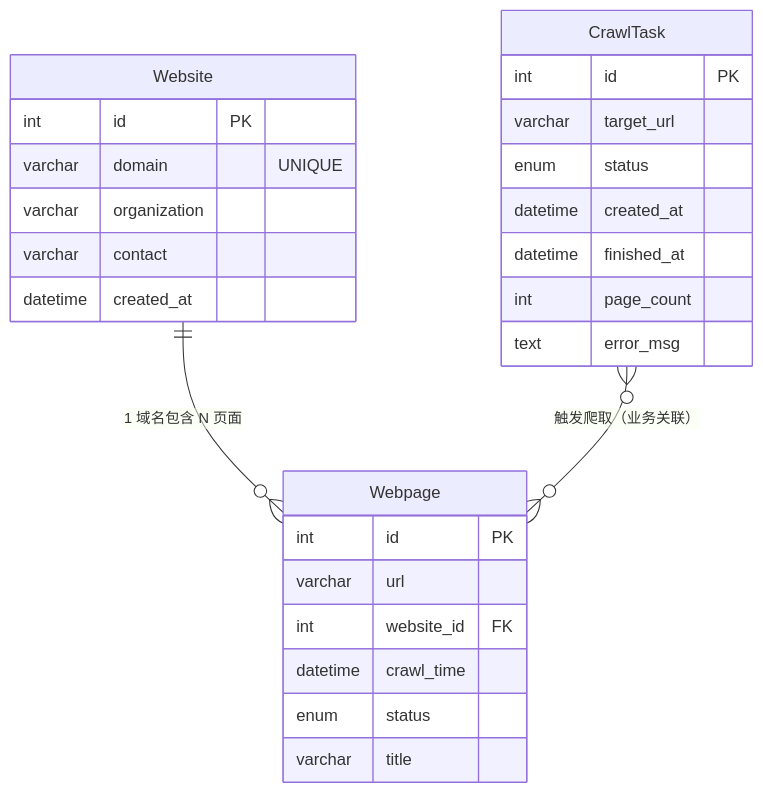
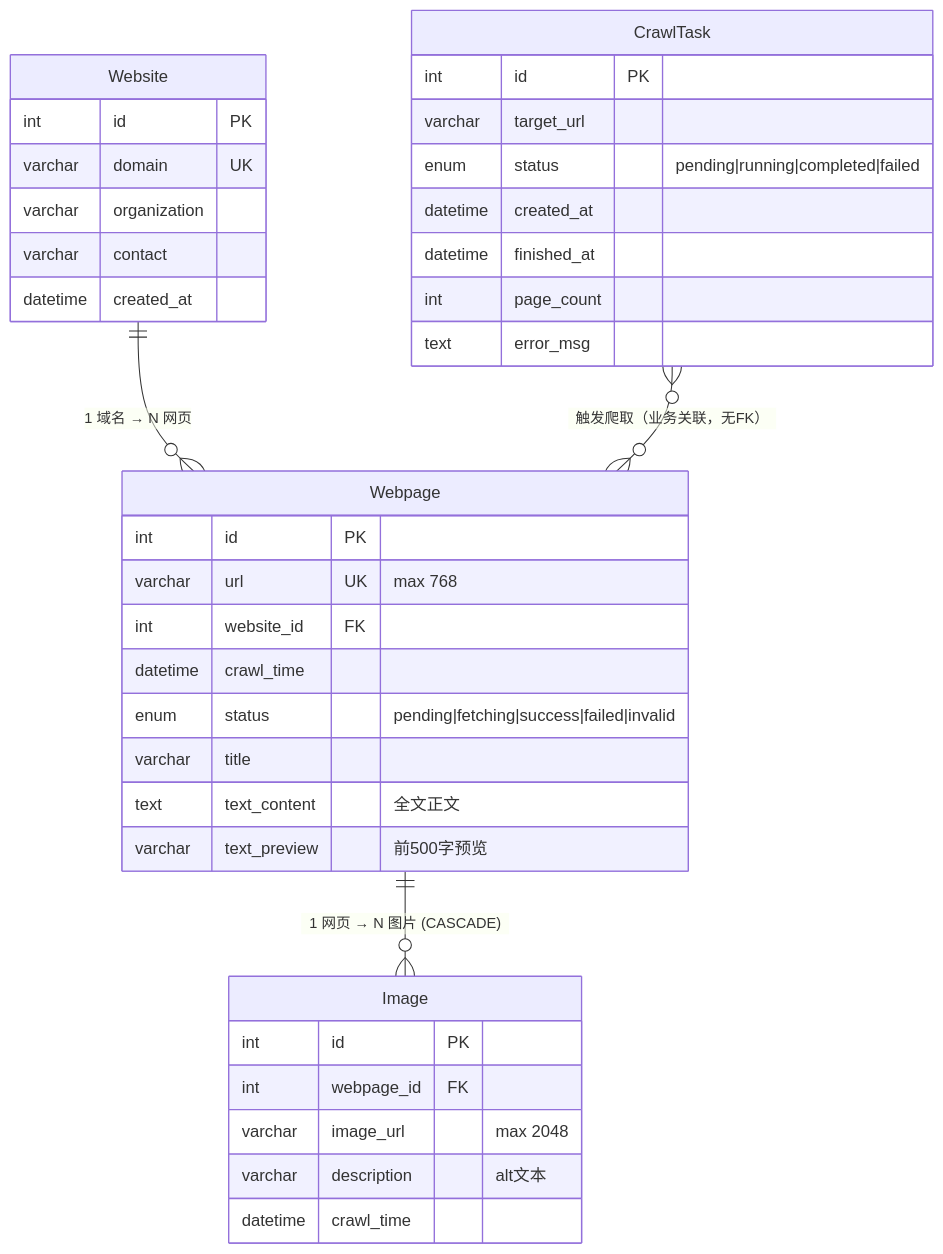
Before and after one commit to wtanjo/database-project: the diagram in README.md, drawn with Mermaid. The commit also changed other lines of this file, not shown here.

First line of the commit message:
docs: rewrite README to reflect MySQL-primary retrieval architecture

````diff
--- a/README.md
+++ b/README.md
@@ -51,32 +52,43 @@
 ```mermaid
 erDiagram
     CrawlTask {
         int       id          PK
         varchar   target_url
-        enum      status
+        enum      status      "pending|running|completed|failed"
         datetime  created_at
         datetime  finished_at
         int       page_count
         text      error_msg
     }
 
     Website {
         int       id           PK
-        varchar   domain       "UNIQUE"
+        varchar   domain       UK
         varchar   organization
         varchar   contact
         datetime  created_at
     }
 
     Webpage {
-        int       id          PK
-        varchar   url
-        int       website_id  FK
+        int       id           PK
+        varchar   url          UK "max 768"
+        int       website_id   FK
         datetime  crawl_time
-        enum      status
+        enum      status       "pending|fetching|success|failed|invalid"
         varchar   title
+        text      text_content  "全文正文"
+        varchar   text_preview  "前500字预览"
     }
 
-    Website ||--o{ Webpage : "1 域名包含 N 页面"
-    CrawlTask }o--o{ Webpage : "触发爬取（业务关联）"
+    Image {
+        int       id           PK
+        int       webpage_id   FK
+        varchar   image_url    "max 2048"
+        varchar   description  "alt文本"
+        datetime  crawl_time
+    }
+
+    Website ||--o{ Webpage : "1 域名 → N 网页"
+    Webpage ||--o{ Image : "1 网页 → N 图片 (CASCADE)"
+    CrawlTask }o--o{ Webpage : "触发爬取（业务关联，无FK）"
 ```
````
